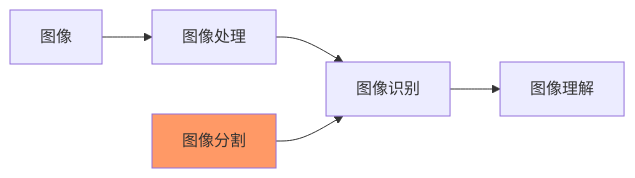
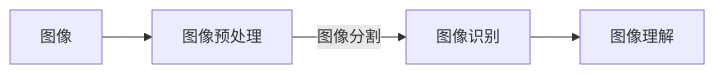
The diagram in _posts/2020-09-19-dip-digital-image-processing.md (hawkhai/hawkhai.github.io), drawn with Mermaid before and after one commit. The commit also changed other lines of this file and 1 other file, not shown here.

```diff
--- a/_posts/2020-09-19-dip-digital-image-processing.md
+++ b/_posts/2020-09-19-dip-digital-image-processing.md
@@ -302,9 +302,8 @@
 <div class="mermaid">
 graph LR
-    A[图像] --> B[图像处理]
-    B --> C[图像识别]
+    A[图像] --> B[图像预处理]
+    B --> | 图像分割 |C[图像识别]
     C --> D[图像理解]
-    E[图像分割] --> C[图像识别]
 classDef orange fill:#f96;
 class E orange;
 </div>
```
